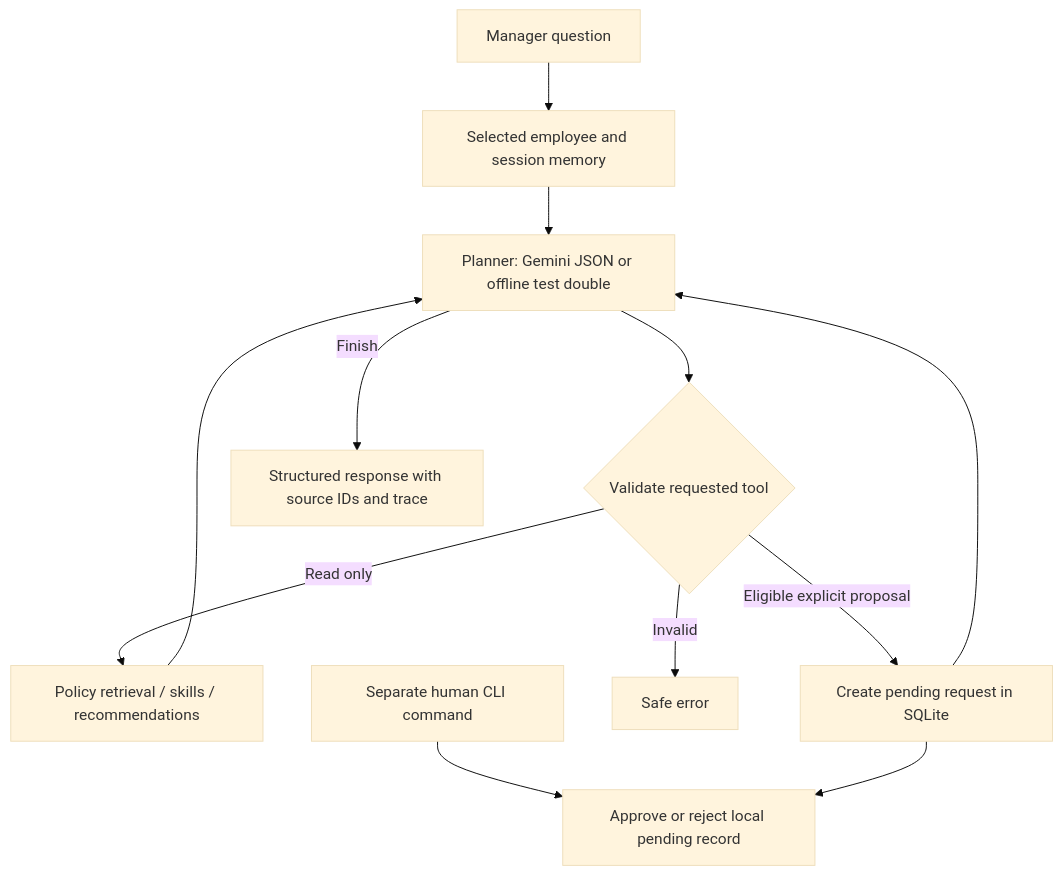
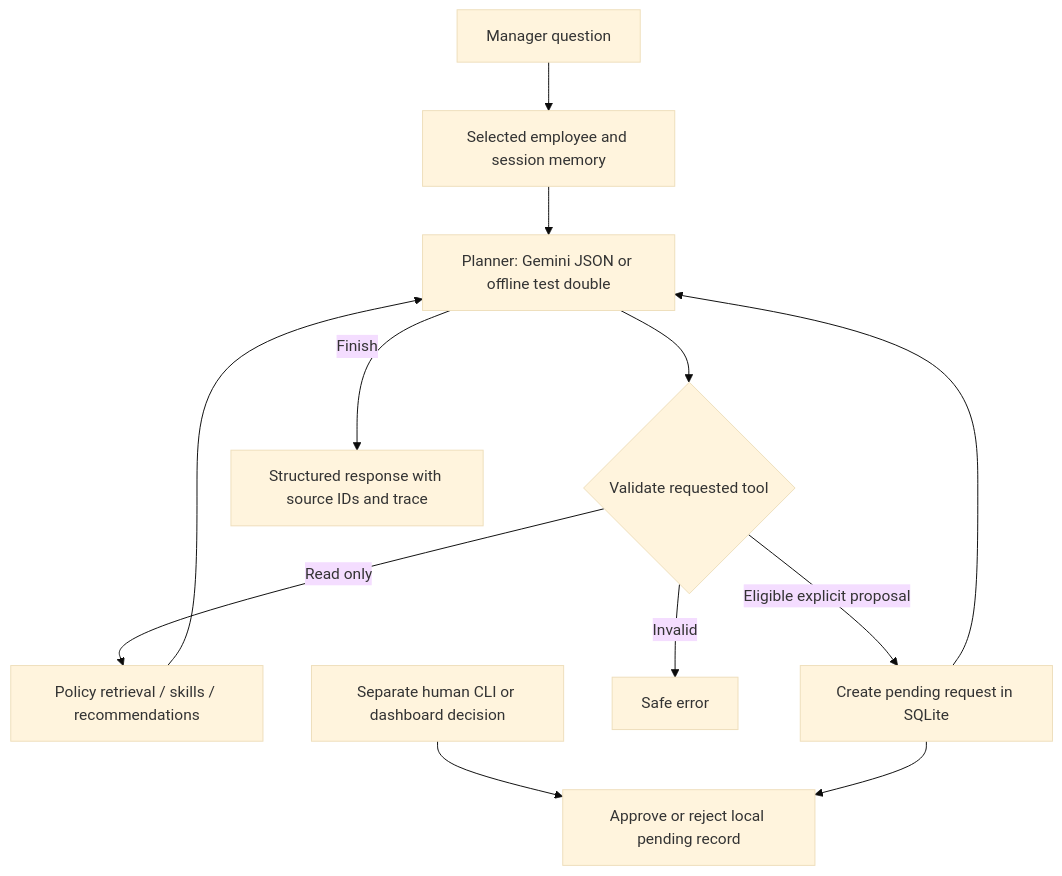
One commit to 35714719/workforce-ai-agent changed the diagram in README.md. Above: the diagram before and after it, drawn with Mermaid (base theme). The commit also changed other lines of this file and 11 other files, not shown here.

````diff
--- a/README.md
+++ b/README.md
@@ -35,14 +49,14 @@
 ```mermaid
 flowchart TD
   A[Manager question] --> B[Selected employee and session memory]
   B --> C[Planner: Gemini JSON or offline test double]
   C --> D{Validate requested tool}
   D -->|Read only| E[Policy retrieval / skills / recommendations]
   D -->|Eligible explicit proposal| F[Create pending request in SQLite]
   D -->|Invalid| G[Safe error]
   E --> C
   F --> C
   C -->|Finish| H[Structured response with source IDs and trace]
-  I[Separate human CLI command] --> J[Approve or reject local pending record]
+  I[Separate human CLI or dashboard decision] --> J[Approve or reject local pending record]
   F --> J
 ```
````
